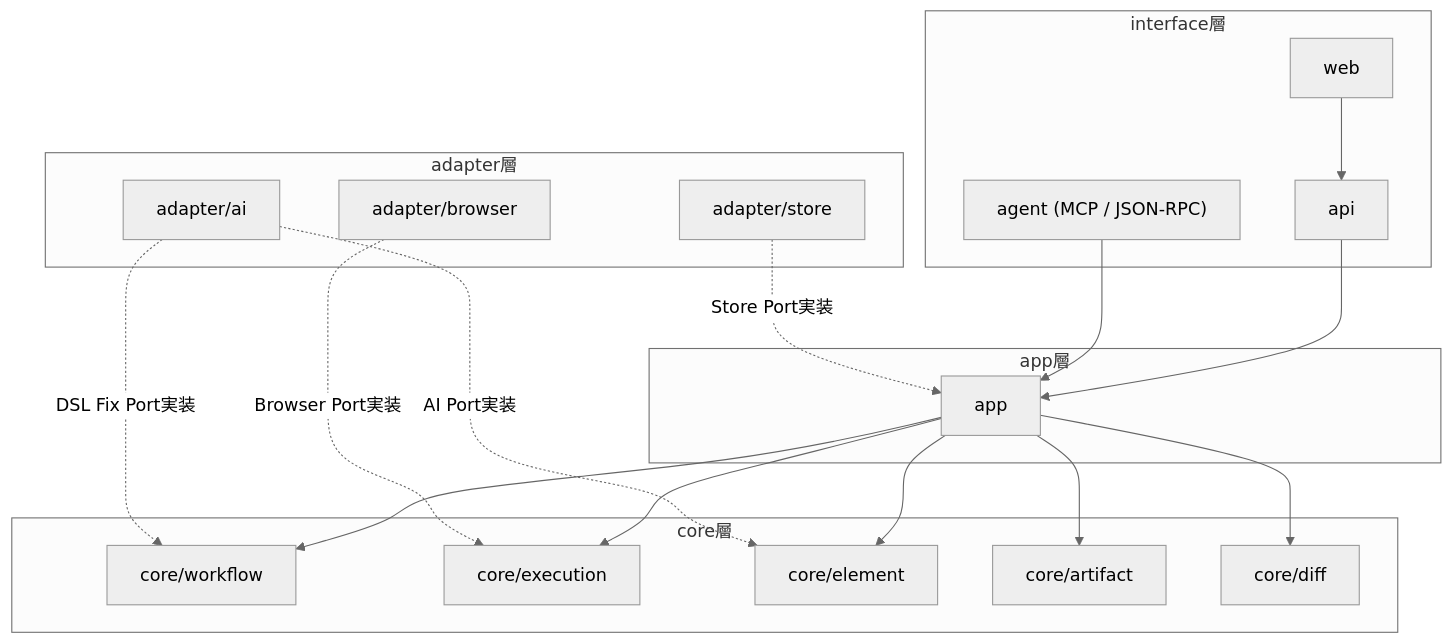
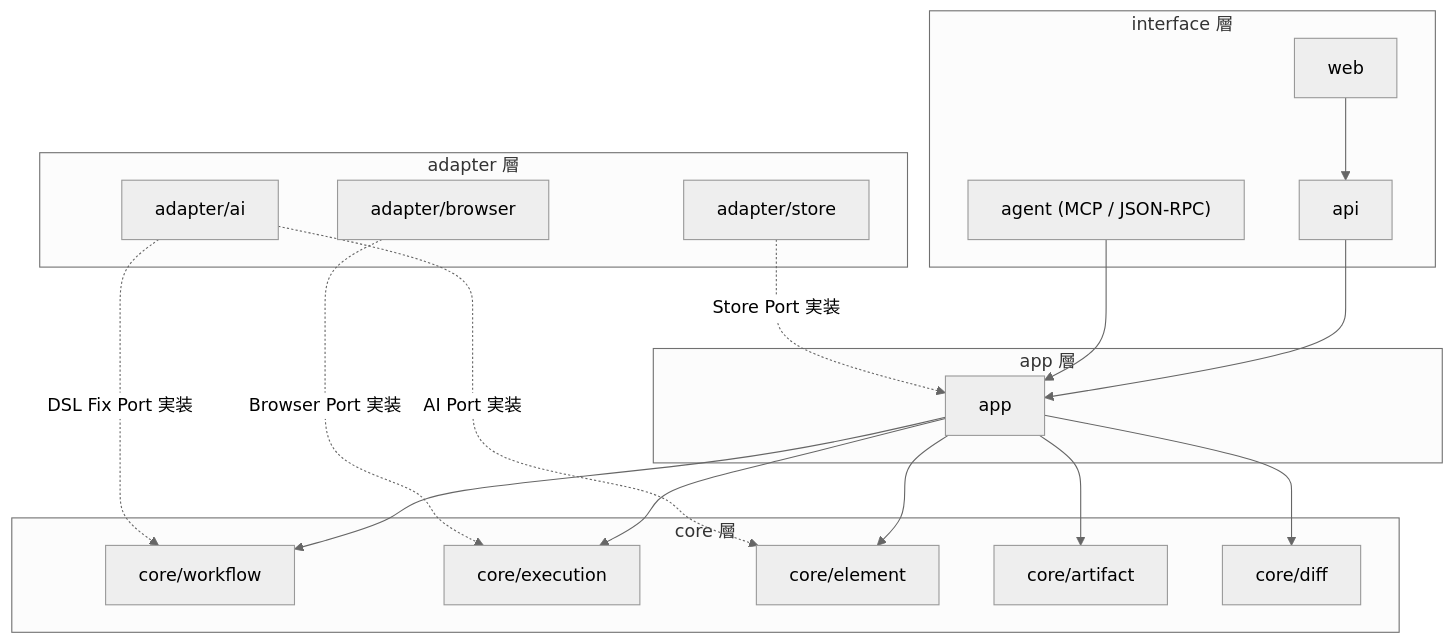
The third of 3 diagrams in design/DesignDoc.md (Fukuemon/screen-contract), drawn with Mermaid (neutral theme) before and after one commit. The commit also changed other lines of this file and 9 other files, not shown here.

````diff
--- a/design/DesignDoc.md
+++ b/design/DesignDoc.md
@@ -274,34 +274,34 @@
 ```mermaid
 flowchart TD
-    subgraph interface層
+    subgraph ifaceLayer["interface 層"]
         web["web"]
         api["api"]
         agent["agent (MCP / JSON-RPC)"]
     end
-    subgraph app層
+    subgraph appLayer["app 層"]
         app["app"]
     end
-    subgraph core層
+    subgraph coreLayer["core 層"]
         wf["core/workflow"]
         exec["core/execution"]
         elem["core/element"]
         art["core/artifact"]
         diff["core/diff"]
     end
-    subgraph adapter層
+    subgraph adapterLayer["adapter 層"]
         browser["adapter/browser"]
         ai["adapter/ai"]
         store["adapter/store"]
     end
     web --> api --> app
     agent --> app
     app --> wf
     app --> exec
     app --> elem
     app --> art
     app --> diff
-    browser -. "Browser Port実装" .-> exec
-    ai -. "AI Port実装" .-> elem
-    ai -. "DSL Fix Port実装" .-> wf
-    store -. "Store Port実装" .-> app
+    browser -. "Browser Port 実装" .-> exec
+    ai -. "AI Port 実装" .-> elem
+    ai -. "DSL Fix Port 実装" .-> wf
+    store -. "Store Port 実装" .-> app
 ```
````
